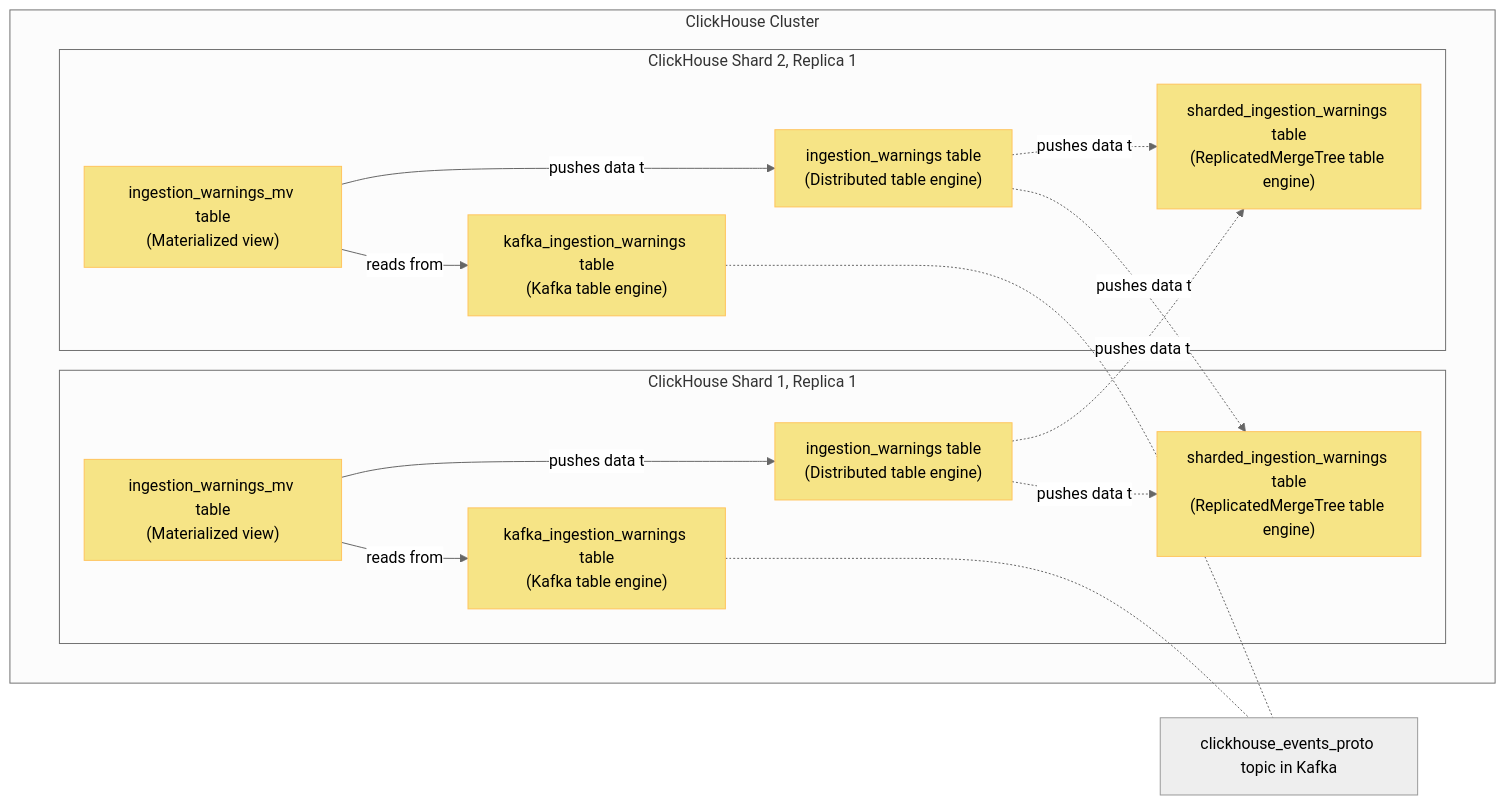
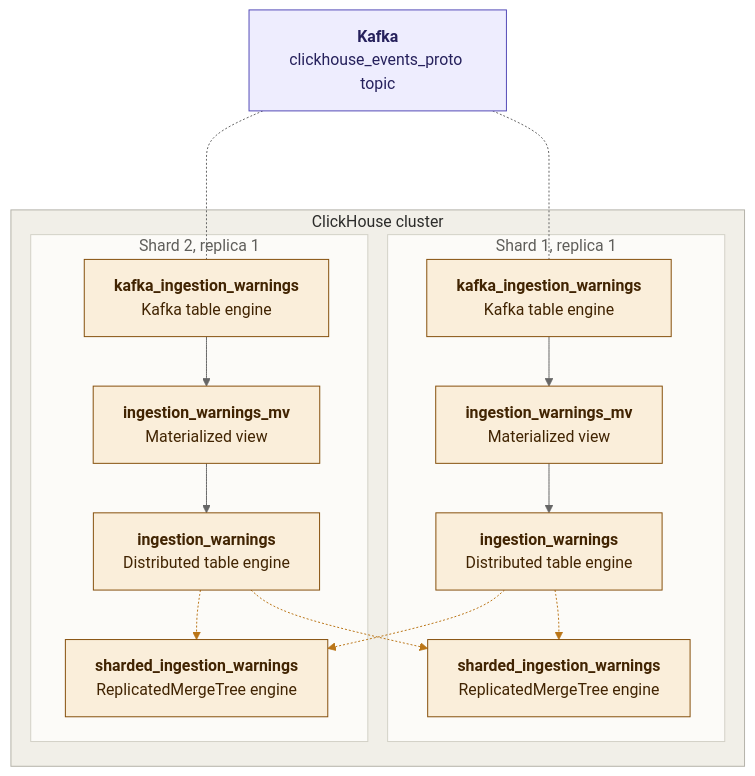
One commit to PostHog/posthog.com changed the diagram in contents/handbook/engineering/clickhouse/data-ingestion.mdx. Above: the diagram before and after it, drawn with Mermaid (neutral theme).

````diff
--- a/contents/handbook/engineering/clickhouse/data-ingestion.mdx
+++ b/contents/handbook/engineering/clickhouse/data-ingestion.mdx
@@ -132,38 +132,41 @@
 ```mermaid
-flowchart LR
-    classDef table fill:#f6e486,stroke:#ffc45d;
+flowchart TB
+    classDef table fill:#FAEEDA,stroke:#854F0B,color:#412402;
+    classDef kafka fill:#EEEDFE,stroke:#534AB7,color:#26215C;
 
-    subgraph CH ["ClickHouse Cluster<br/>"]
-        subgraph Blank [ ]
-            style Blank fill:none,stroke-dasharray: 0 1
+    Kafka["<b>Kafka</b><br/>clickhouse_events_proto topic"]:::kafka
 
-            subgraph CH1["ClickHouse Shard 1, Replica 1"]
-                kafka_ingestion_warnings1["kafka_ingestion_warnings table<br/>(Kafka table engine)"]:::table
-                ingestion_warnings_mv1["ingestion_warnings_mv table<br/>(Materialized view)"]:::table
-                ingestion_warnings1["ingestion_warnings table</br/>(Distributed table engine)"]:::table
-                sharded_ingestion_warnings1["sharded_ingestion_warnings table<br/>(ReplicatedMergeTree table engine)"]:::table
-            end
-
-            subgraph CH2["ClickHouse Shard 2, Replica 1"]
-                kafka_ingestion_warnings2["kafka_ingestion_warnings table<br/>(Kafka table engine)"]:::table
-                ingestion_warnings_mv2["ingestion_warnings_mv table<br/>(Materialized view)"]:::table
-                ingestion_warnings2["ingestion_warnings table</br/>(Distributed table engine)"]:::table
-                sharded_ingestion_warnings2["sharded_ingestion_warnings table<br/>(ReplicatedMergeTree table engine)"]:::table
-            end
+    subgraph CH ["ClickHouse cluster"]
+        subgraph CH1 ["Shard 1, replica 1"]
+            kafka_ingestion_warnings1["<b>kafka_ingestion_warnings</b><br/>Kafka table engine"]:::table
+            ingestion_warnings_mv1["<b>ingestion_warnings_mv</b><br/>Materialized view"]:::table
+            ingestion_warnings1["<b>ingestion_warnings</b><br/>Distributed table engine"]:::table
+            sharded_ingestion_warnings1["<b>sharded_ingestion_warnings</b><br/>ReplicatedMergeTree engine"]:::table
+        end
+        subgraph CH2 ["Shard 2, replica 1"]
+            kafka_ingestion_warnings2["<b>kafka_ingestion_warnings</b><br/>Kafka table engine"]:::table
+            ingestion_warnings_mv2["<b>ingestion_warnings_mv</b><br/>Materialized view"]:::table
+            ingestion_warnings2["<b>ingestion_warnings</b><br/>Distributed table engine"]:::table
+            sharded_ingestion_warnings2["<b>sharded_ingestion_warnings</b><br/>ReplicatedMergeTree engine"]:::table
         end
     end
 
-    Kafka["clickhouse_events_proto topic in Kafka"]
+    style CH fill:#F1EFE8,stroke:#B4B2A9,color:#2C2C2A
+    style CH1 fill:#FCFBF8,stroke:#D3D1C7,color:#5F5E5A
+    style CH2 fill:#FCFBF8,stroke:#D3D1C7,color:#5F5E5A
 
+    Kafka -..- kafka_ingestion_warnings1
+    Kafka -..- kafka_ingestion_warnings2
 
-    ingestion_warnings_mv1 --reads from--> kafka_ingestion_warnings1
-    ingestion_warnings_mv2 --reads from--> kafka_ingestion_warnings2
-    ingestion_warnings_mv1 --pushes data to--> ingestion_warnings1
-    ingestion_warnings_mv2 --pushes data to--> ingestion_warnings2
-    ingestion_warnings1 -.pushes data to.-> sharded_ingestion_warnings1
-    ingestion_warnings1 -.pushes data to.-> sharded_ingestion_warnings2
-    ingestion_warnings2 -.pushes data to.-> sharded_ingestion_warnings1
-    ingestion_warnings2 -.pushes data to.-> sharded_ingestion_warnings2
-    kafka_ingestion_warnings1 -..- Kafka
-    kafka_ingestion_warnings2 -..- Kafka
+    kafka_ingestion_warnings1 --> ingestion_warnings_mv1
+    kafka_ingestion_warnings2 --> ingestion_warnings_mv2
+    ingestion_warnings_mv1 --> ingestion_warnings1
+    ingestion_warnings_mv2 --> ingestion_warnings2
+
+    ingestion_warnings1 -.-> sharded_ingestion_warnings1
+    ingestion_warnings1 -.-> sharded_ingestion_warnings2
+    ingestion_warnings2 -.-> sharded_ingestion_warnings1
+    ingestion_warnings2 -.-> sharded_ingestion_warnings2
+
+    linkStyle 6,7,8,9 stroke:#BA7517
 ```
````
